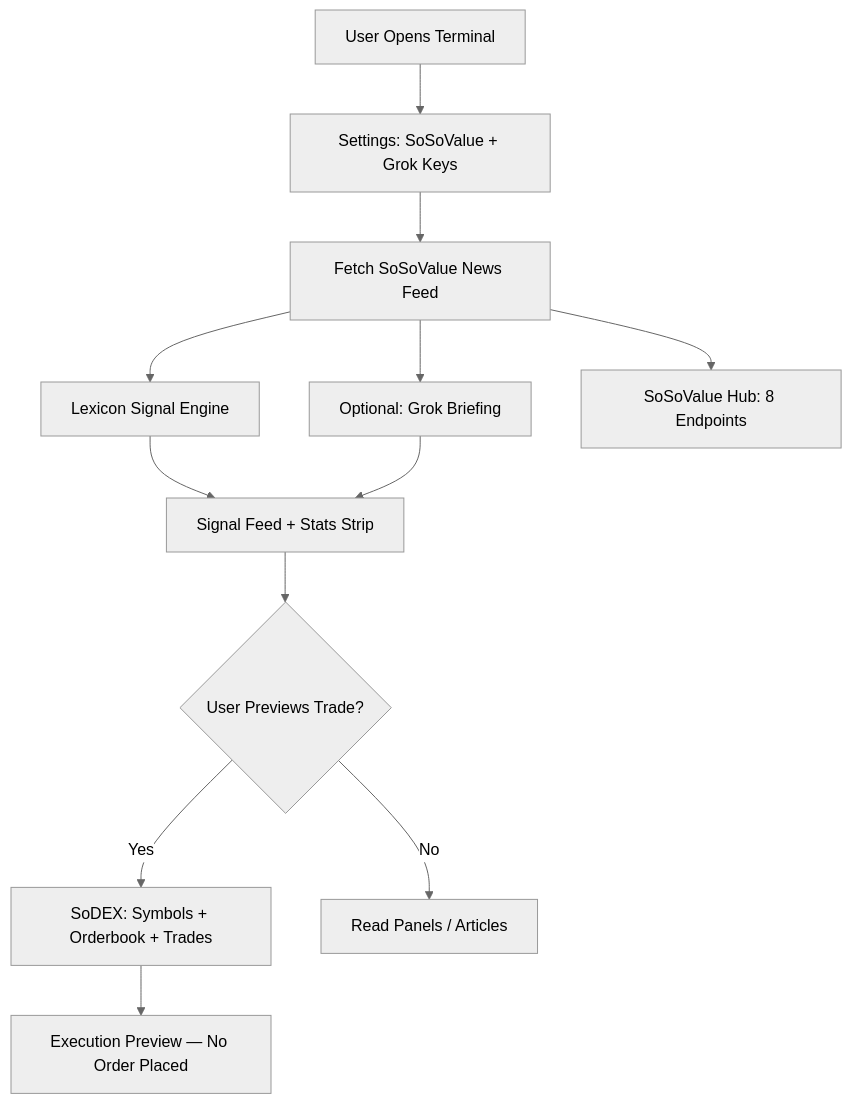
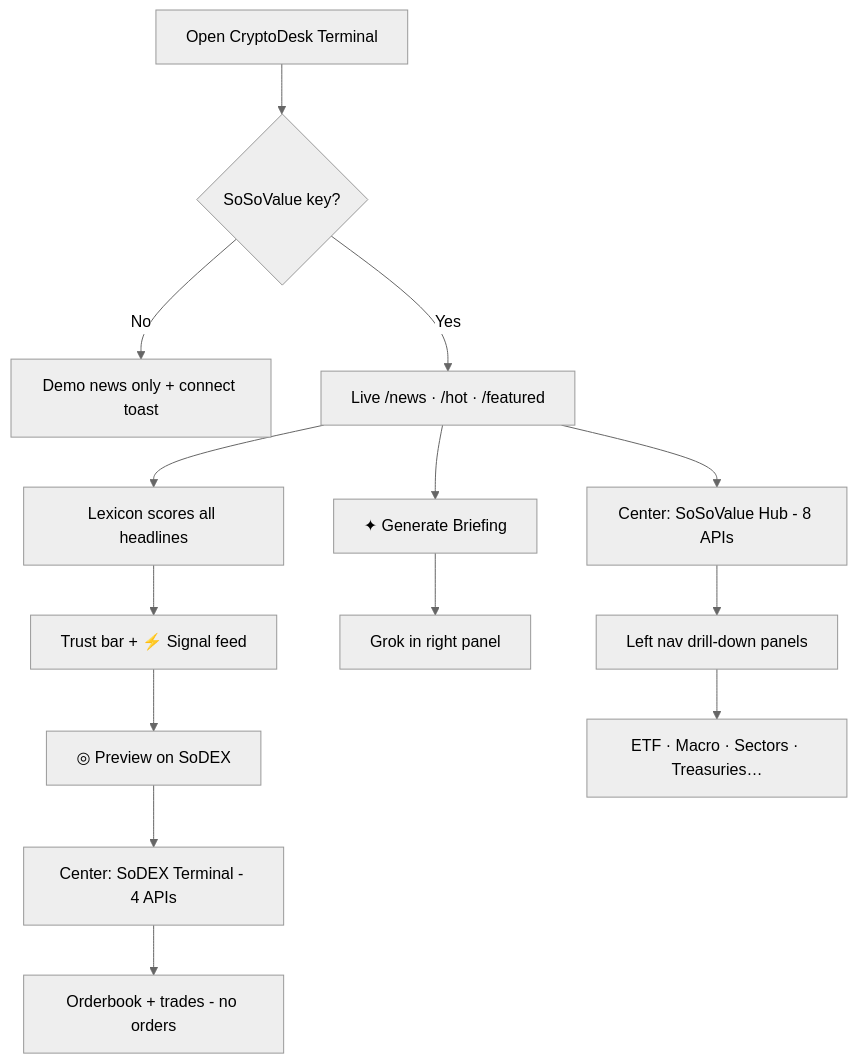
Before and after one commit to Nanle-code/CryptoDesk: the second of 15 diagrams in cryptodesk/README.md, drawn with Mermaid (neutral theme). The commit also changed other lines of this file and 45 other files, not shown here.

First line of the commit message:
Ship Wave 3 frontend: opportunity discovery, judge demo, and execution scaffold.

````diff
--- a/cryptodesk/README.md
+++ b/cryptodesk/README.md
@@ -180,14 +317,16 @@
 ```mermaid
 flowchart TD
-    A[User Opens Terminal] --> B[Settings: SoSoValue + Grok Keys]
-    B --> C[Fetch SoSoValue News Feed]
-    C --> D[Lexicon Signal Engine]
-    C --> E[Optional: Grok Briefing]
-    D --> F[Signal Feed + Stats Strip]
-    C --> G[SoSoValue Hub: 8 Endpoints]
-    F --> H{User Previews Trade?}
-    H -- Yes --> I[SoDEX: Symbols + Orderbook + Trades]
-    H -- No --> J[Read Panels / Articles]
-    I --> K[Execution Preview — No Order Placed]
-    E --> F
+    A[Open CryptoDesk Terminal] --> B{SoSoValue key?}
+    B -- No --> C[Demo news only + connect toast]
+    B -- Yes --> D[Live /news · /hot · /featured]
+    D --> E[Lexicon scores all headlines]
+    E --> F[Trust bar + ⚡ Signal feed]
+    D --> G[Center: SoSoValue Hub - 8 APIs]
+    F --> H[◎ Preview on SoDEX]
+    H --> I[Center: SoDEX Terminal - 4 APIs]
+    I --> J[Orderbook + trades - no orders]
+    D --> K[✦ Generate Briefing]
+    K --> L[Grok in right panel]
+    G --> M[Left nav drill-down panels]
+    M --> N[ETF · Macro · Sectors · Treasuries…]
 ```
````
